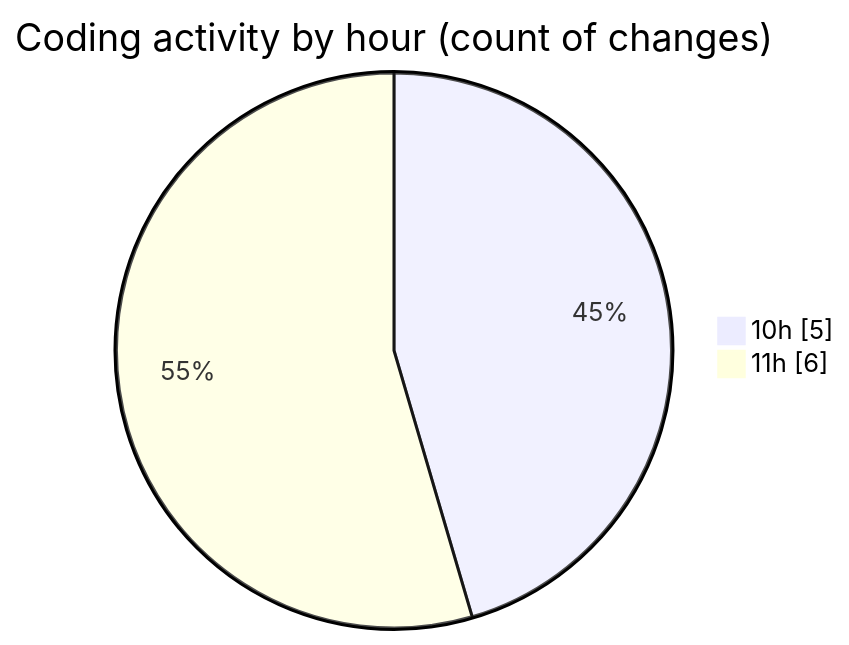
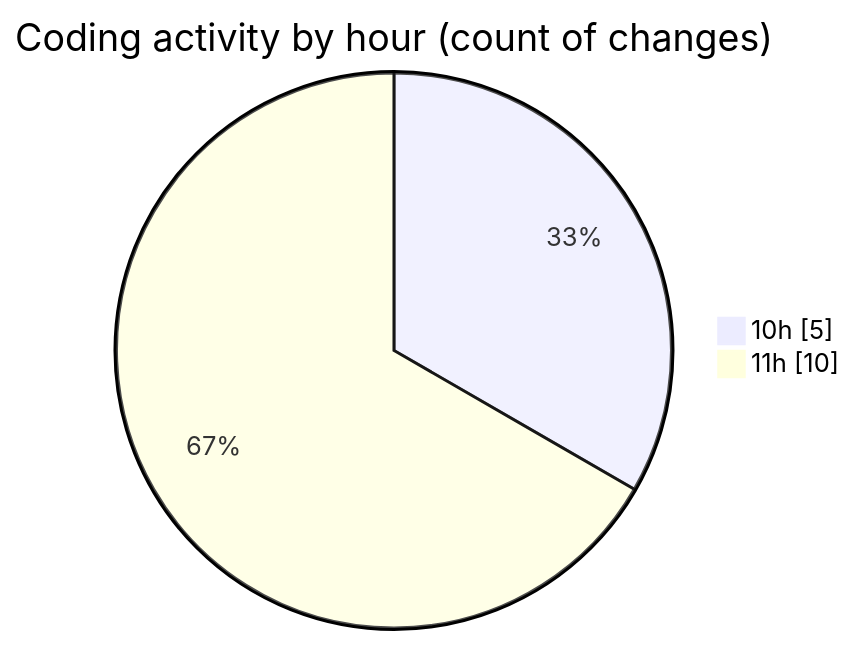
The second of 2 diagrams in 2026-09-09/cda/README.md (momahboobian/code-tracking), drawn with Mermaid before and after one commit. The commit also changed other lines of this file and 1 other file, not shown here.

````diff
--- a/2026-09-09/cda/README.md
+++ b/2026-09-09/cda/README.md
@@ -33,6 +33,6 @@
 ```mermaid
 pie showData
 title Coding activity by hour (count of changes)
 "10h" : 5
-"11h" : 6
+"11h" : 10
 ```
````
